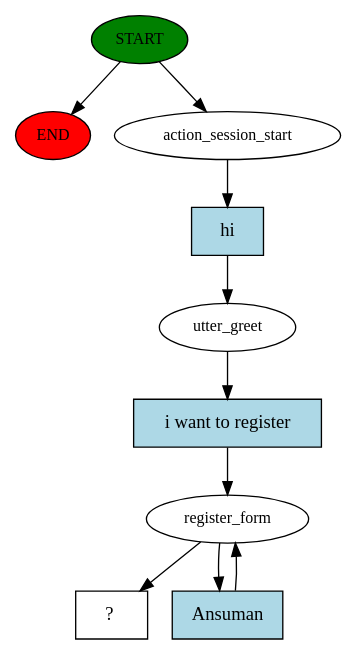
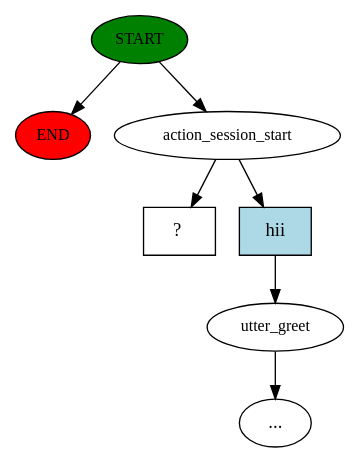
One commit to AnsumanMishra-git/rasachat changed the diagram in story_graph.dot. Above: the diagram before and after it, drawn with Graphviz. The commit also changed 14 other files, not shown here.

```diff
--- a/story_graph.dot
+++ b/story_graph.dot
@@ -1,20 +1,15 @@
 digraph  {
 0 [class="start active", fillcolor=green, fontsize=12, label=START, style=filled];
 "-1" [class=end, fillcolor=red, fontsize=12, label=END, style=filled];
 1 [class=active, fontsize=12, label=action_session_start];
-2 [class=active, fontsize=12, label=utter_greet];
-3 [class=active, fontsize=12, label=register_form];
-5 [class="intent dashed active", label="  ?  ", shape=rect];
-6 [class="intent active", fillcolor=lightblue, label=hi, shape=rect, style=filled];
-7 [class="intent active", fillcolor=lightblue, label="i want to register", shape=rect, style=filled];
-8 [class="intent active", fillcolor=lightblue, label=Ansuman, shape=rect, style=filled];
+2 [class="", fontsize=12, label=utter_greet];
+"-3" [class=ellipsis, label="..."];
+4 [class="intent dashed active", label="  ?  ", shape=rect];
+5 [class=intent, fillcolor=lightblue, label=hii, shape=rect, style=filled];
 0 -> "-1"  [class="", key=NONE, label=""];
 0 -> 1  [class=active, key=NONE, label=""];
-1 -> 6  [class=active, key=0];
-2 -> 7  [class=active, key=0];
-3 -> 5  [class=active, key=NONE, label=""];
-3 -> 8  [class=active, key=0];
-6 -> 2  [class=active, key=0];
-7 -> 3  [class=active, key=0];
-8 -> 3  [class=active, key=0];
+1 -> 4  [class=active, key=NONE, label=""];
+1 -> 5  [class="", key=0];
+2 -> "-3"  [class="", key=NONE, label=""];
+5 -> 2  [class="", key=0];
 }
```
